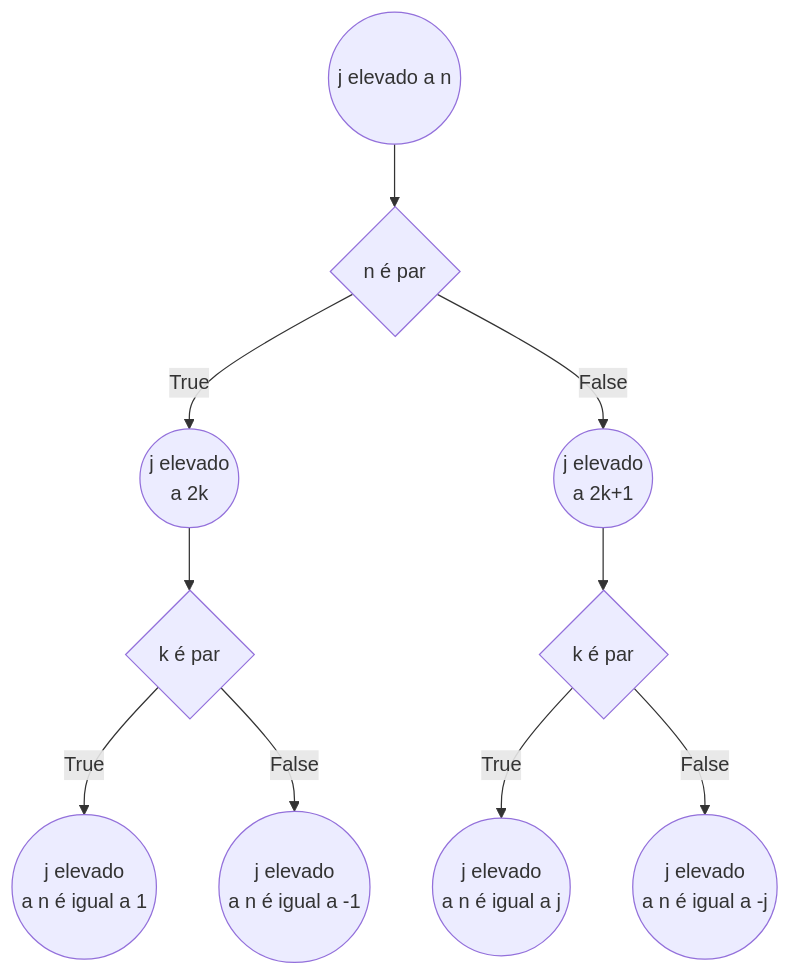
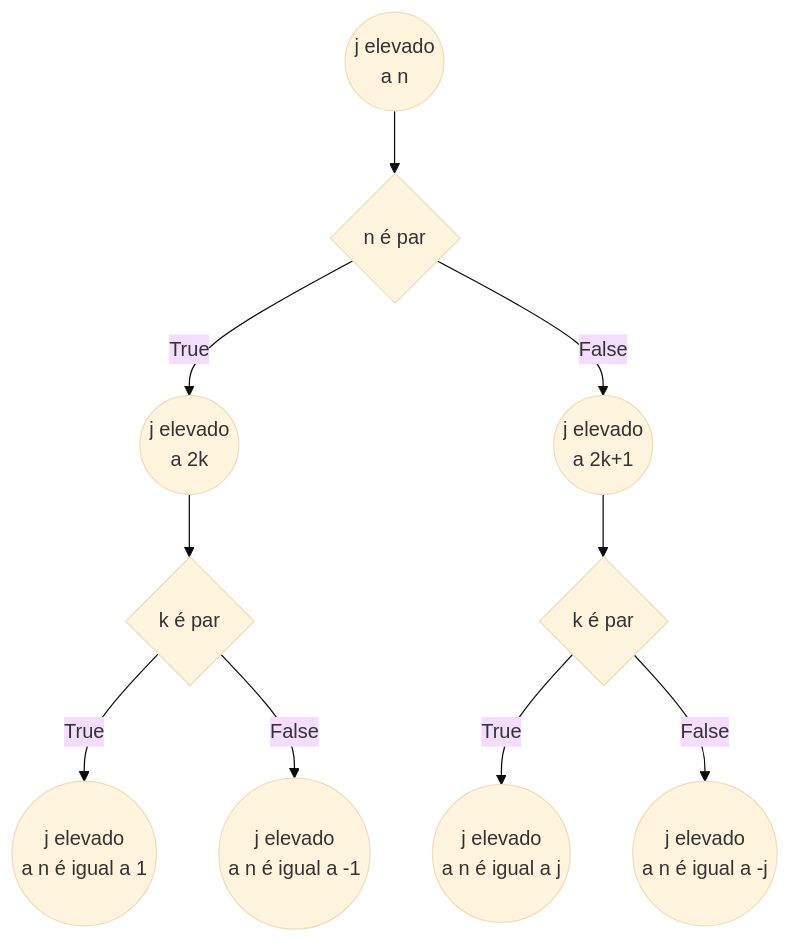
One commit to cursopythonUFAC/cursopythonUFAC.github.io changed the third of 3 diagrams in notebooks/cap5/cap5.md. Above: the diagram before and after it, drawn with Mermaid. The commit also changed other lines of this file, not shown here.

````diff
--- a/notebooks/cap5/cap5.md
+++ b/notebooks/cap5/cap5.md
@@ -238,7 +240,8 @@
 ```mermaid
+%%{init: {'theme': 'base', 'themeVariables': {'fontSize': '16px'}}}%%
 graph TD
-id1((j elevado a n)) --> id2{n é par} -- True --> id3((j elevado<br> a 2k)) --> id5{k é par} -- True --> id6((j elevado<br> a n é igual a 1))
+id1((j elevado <br> a n)) --> id2{n é par} -- True --> id3((j elevado<br> a 2k)) --> id5{k é par} -- True --> id6((j elevado<br> a n é igual a 1))
 id5 -- False --> id7((j elevado<br> a n é igual a -1))
 id2 -- False --> id4((j elevado<br>a 2k+1)) --> id8{k é par} -- True --> id9((j elevado<br>a n é igual a j))
 id8 -- False --> id10((j elevado<br> a n é igual a -j))
 ```
````
